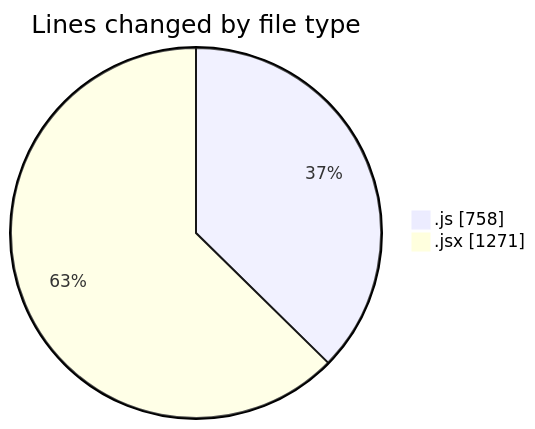
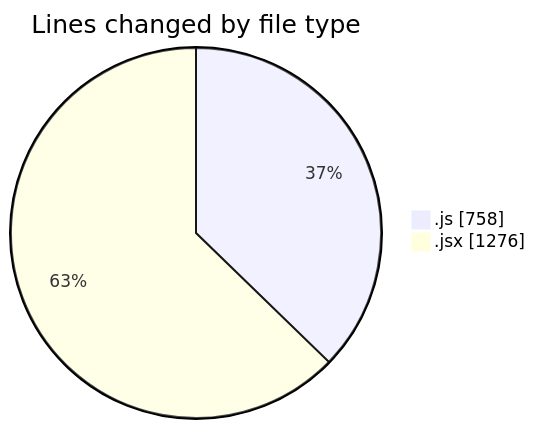
The first of 2 diagrams in 2025-05-31/nxtqube_webapp/README.md (nxtqubesakshisongat/code-tracking), drawn with Mermaid before and after one commit. The commit also changed other lines of this file and 1 other file, not shown here.

````diff
--- a/2025-05-31/nxtqube_webapp/README.md
+++ b/2025-05-31/nxtqube_webapp/README.md
@@ -28,6 +28,6 @@
 ```mermaid
 pie showData
 title Lines changed by file type
 ".js" : 758
-".jsx" : 1271
+".jsx" : 1276
 ```
````
